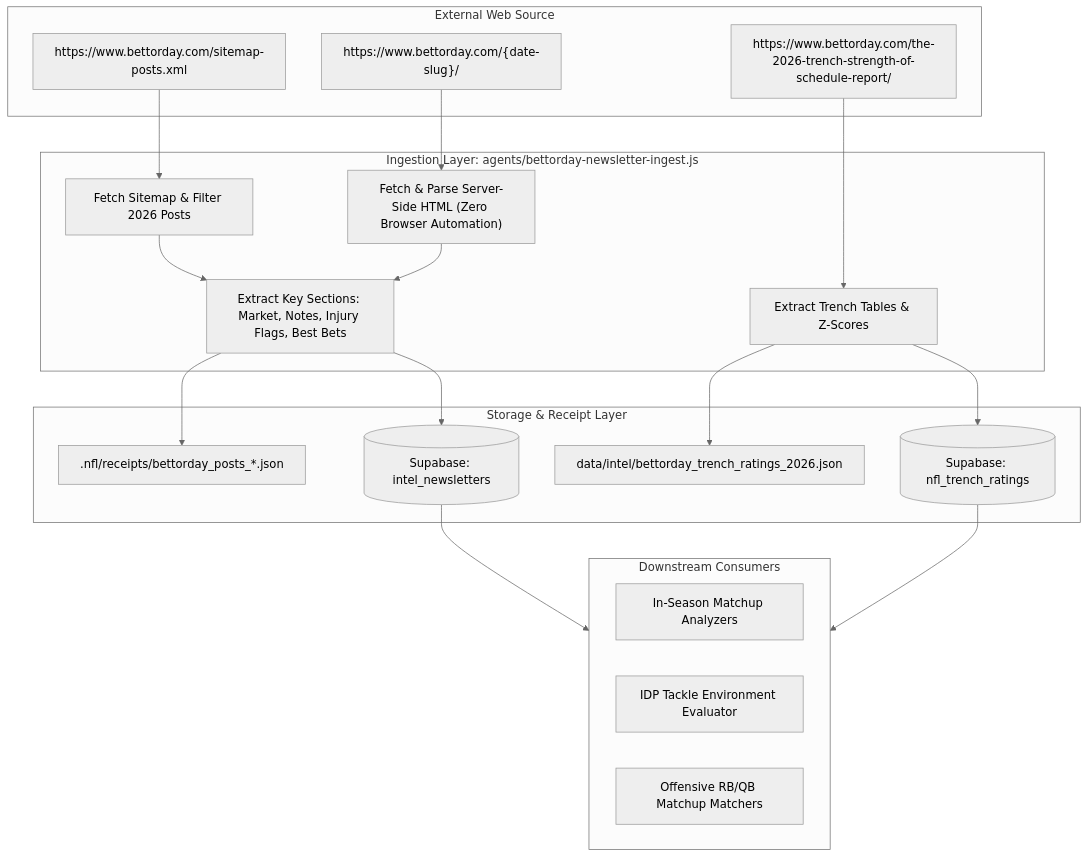
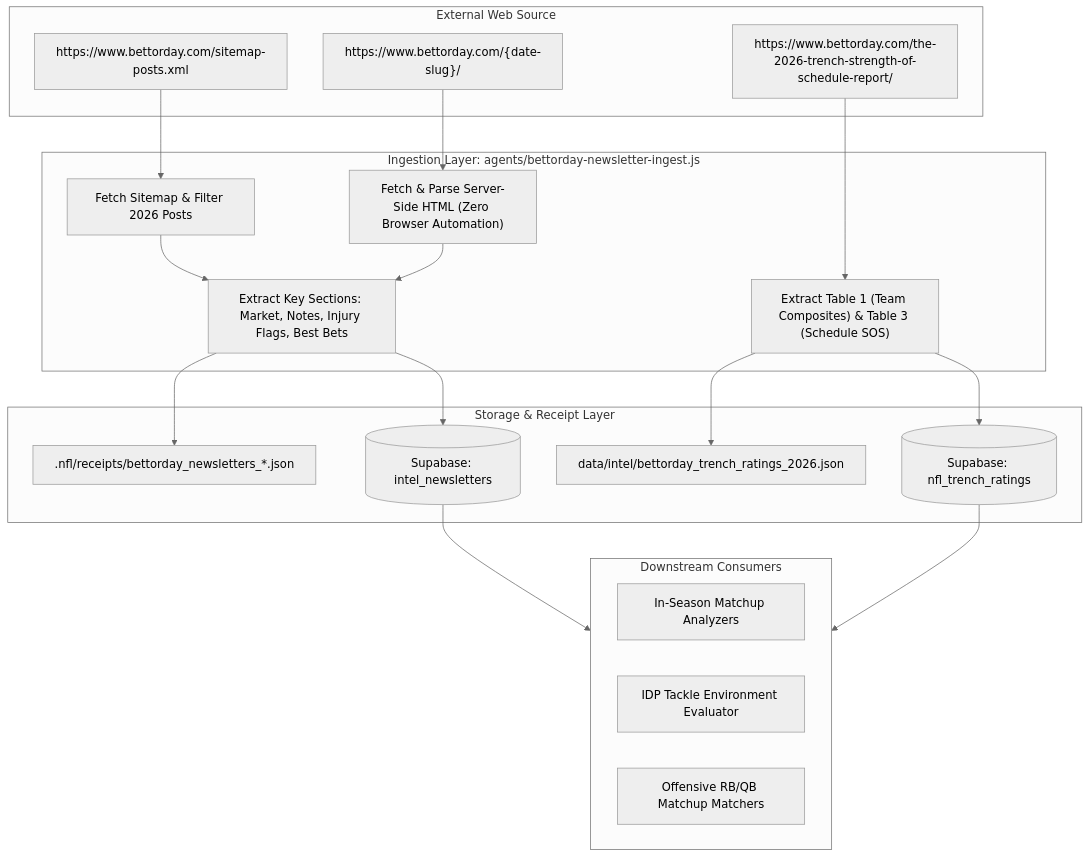
The diagram in docs/specs/BETTORDAY_INTEL_PIPELINE_SPEC_2026-09-01.md (platinum-rose/NFL_Platinum_Rose), drawn with Mermaid (neutral theme) before and after one commit. The commit also changed other lines of this file and 2 other files, not shown here.

First line of the commit message:
fix(bettorday): resolve audit findings for trench scraper and narrative claims

````diff
--- a/docs/specs/BETTORDAY_INTEL_PIPELINE_SPEC_2026-09-01.md
+++ b/docs/specs/BETTORDAY_INTEL_PIPELINE_SPEC_2026-09-01.md
@@ -33,36 +41,36 @@
 ```mermaid
 flowchart TD
     subgraph ExternalSource ["External Web Source"]
         Sitemap["https://www.bettorday.com/sitemap-posts.xml"]
         Posts["https://www.bettorday.com/{date-slug}/"]
         Trench["https://www.bettorday.com/the-2026-trench-strength-of-schedule-report/"]
     end
 
     subgraph IngestionAgent ["Ingestion Layer: agents/bettorday-newsletter-ingest.js"]
         A1["Fetch Sitemap & Filter 2026 Posts"]
         A2["Fetch & Parse Server-Side HTML (Zero Browser Automation)"]
-        A3["Extract Trench Tables & Z-Scores"]
+        A3["Extract Table 1 (Team Composites) & Table 3 (Schedule SOS)"]
         A4["Extract Key Sections: Market, Notes, Injury Flags, Best Bets"]
     end
 
     subgraph StorageLayer ["Storage & Receipt Layer"]
-        R1[".nfl/receipts/bettorday_posts_*.json"]
+        R1[".nfl/receipts/bettorday_newsletters_*.json"]
         R2["data/intel/bettorday_trench_ratings_2026.json"]
         DB1[("Supabase: intel_newsletters")]
         DB2[("Supabase: nfl_trench_ratings")]
     end
 
     subgraph ConsumerLayer ["Downstream Consumers"]
         C1["In-Season Matchup Analyzers"]
         C2["IDP Tackle Environment Evaluator"]
         C3["Offensive RB/QB Matchup Matchers"]
     end
 
     Sitemap --> A1
     Posts --> A2
     Trench --> A3
     A1 & A2 --> A4
     A3 --> R2 & DB2
     A4 --> R1 & DB1
     DB1 & DB2 --> ConsumerLayer
 ```
````
